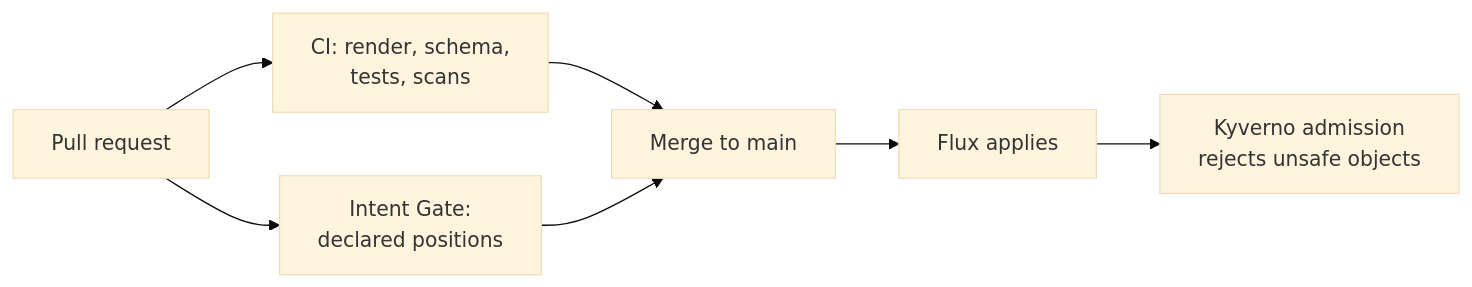
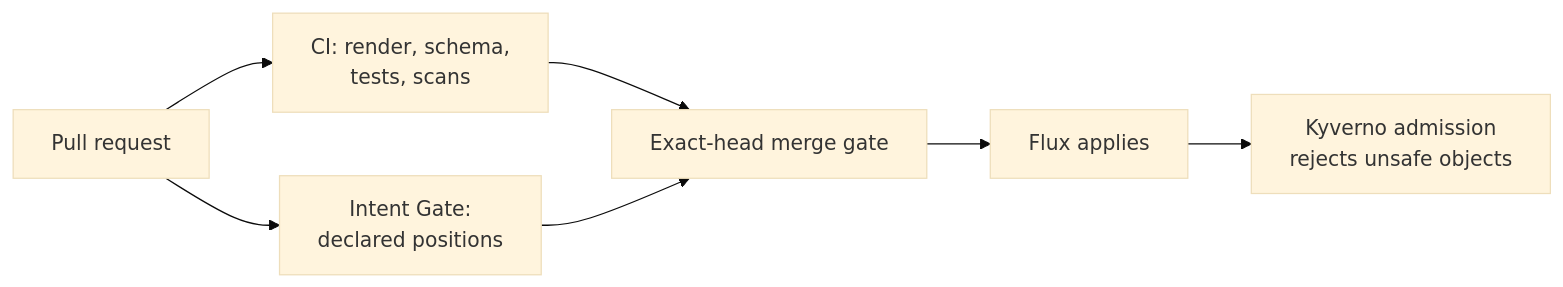
Before and after one commit to ImranAdan/infra-fleet-public: the eighth of 8 diagrams in docs/ARCHITECTURE.md, drawn with Mermaid (base theme). The commit also changed other lines of this file and 15 other files, not shown here.

````diff
--- a/docs/ARCHITECTURE.md
+++ b/docs/ARCHITECTURE.md
@@ -148,9 +148,9 @@
 ```mermaid
 flowchart LR
     PR["Pull request"] --> CI["CI: render, schema,<br/>tests, scans"]
     PR --> Gate["Intent Gate:<br/>declared positions"]
-    CI --> Merge["Merge to main"]
+    CI --> Merge["Exact-head merge gate"]
     Gate --> Merge
     Merge --> Flux["Flux applies"]
     Flux --> Kyverno["Kyverno admission<br/>rejects unsafe objects"]
 ```
````
